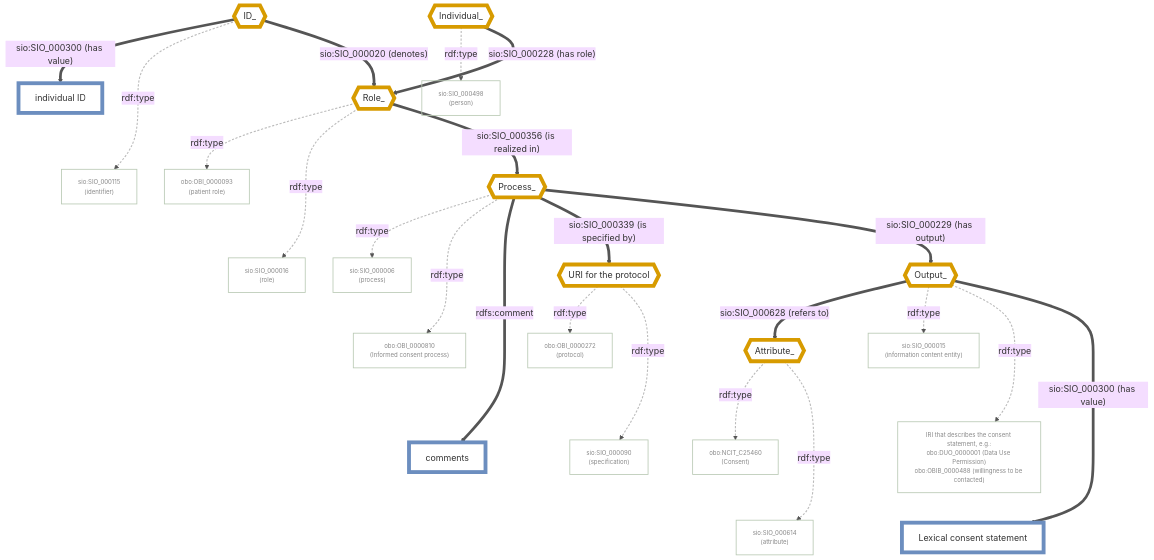
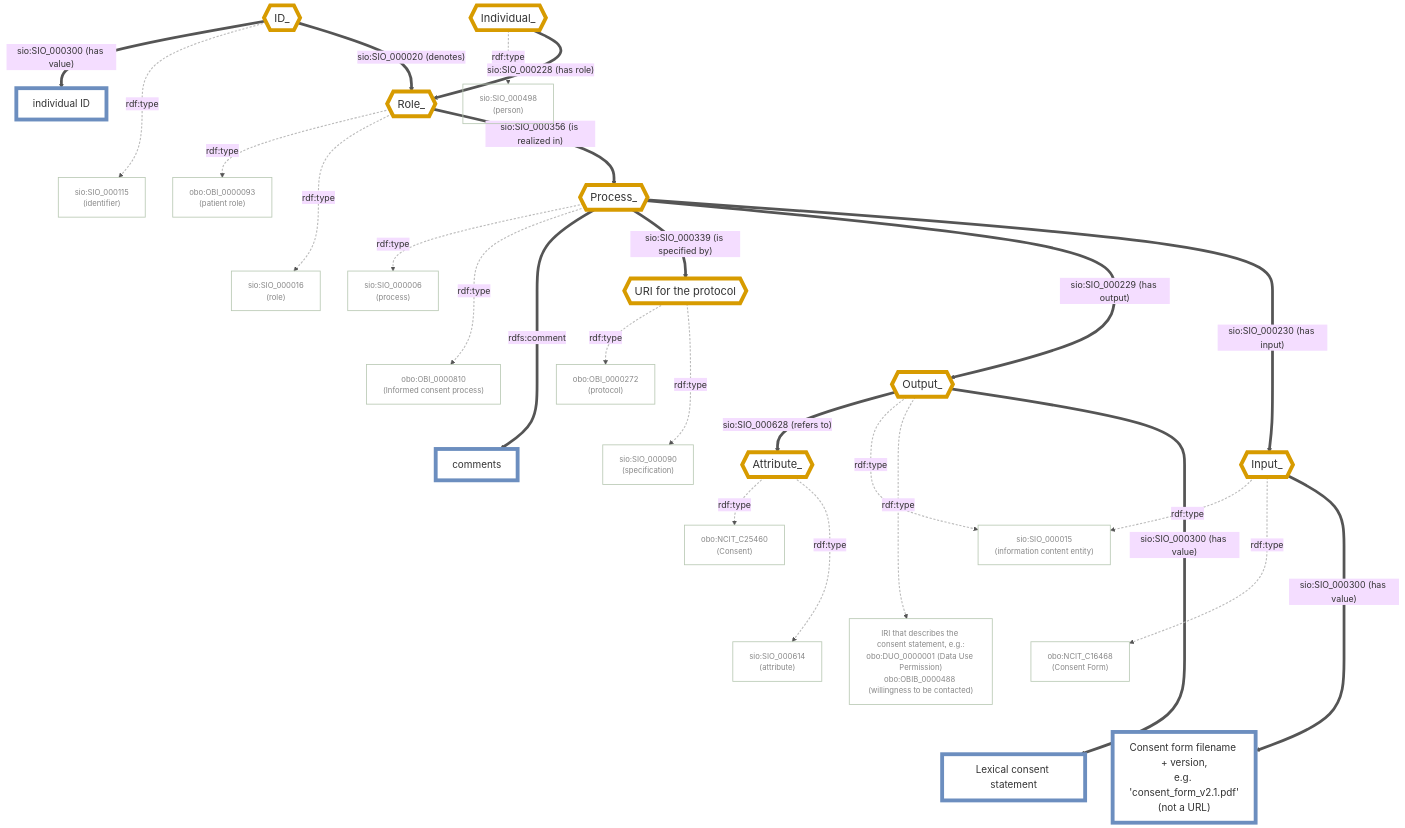
One commit to wilkinsonlab/CARE-Semantic-Model-Version-2 changed the diagram in diagrams/CARE-SM-obo-Consent.md. Above: the diagram before and after it, drawn with Mermaid (base theme). The commit also changed 29 other files, not shown here.

````diff
--- a/diagrams/CARE-SM-obo-Consent.md
+++ b/diagrams/CARE-SM-obo-Consent.md
@@ -16,8 +16,8 @@
 ```mermaid
 flowchart TD
-    classDef usedInstance fill:#ffffff,stroke:#d79b00,stroke-width:7px,color:#333
-    classDef classNode fill:transparent,stroke:#b9c9b4,stroke-width:1.5px,color:#888,font-size:11px
-    classDef dataValue fill:#ffffff,stroke:#6c8ebf,stroke-width:7px,color:#333
+    classDef usedInstance fill:#ffffff,stroke:#d79b00,stroke-width:7px,color:#333,font-size:20px
+    classDef classNode fill:transparent,stroke:#b9c9b4,stroke-width:1.5px,color:#888,font-size:14px
+    classDef dataValue fill:#ffffff,stroke:#6c8ebf,stroke-width:7px,color:#333,font-size:18px
     linkStyle default stroke:#555,stroke-width:5px
 
     %% Instances
@@ -28,6 +28,7 @@
     URIProtocol{{"URI for the protocol"}}:::usedInstance
     Output_{{Output_}}:::usedInstance
     Attribute_{{Attribute_}}:::usedInstance
+    Input_{{Input_}}:::usedInstance
 
     %% Classes
     SIO_000115["sio:SIO_000115<br/>(identifier)"]:::classNode
@@ -42,13 +43,15 @@
     DUO_0000001["IRI that describes the consent statement, e.g.:<br/>obo:DUO_0000001 (Data Use Permission)<br/>obo:OBIB_0000488 (willingness to be contacted)"]:::classNode
     NCIT_C25460["obo:NCIT_C25460<br/>(Consent)"]:::classNode
     SIO_000614["sio:SIO_000614<br/>(attribute)"]:::classNode
+    NCIT_C16468["obo:NCIT_C16468<br/>(Consent Form)"]:::classNode
 
     %% Data values
     IndividualID["individual ID"]:::dataValue
     Comments["comments"]:::dataValue
     LexicalConsentStatement["Lexical consent statement"]:::dataValue
+    ConsentFormFilename["Consent form filename + version,<br/>e.g. 'consent_form_v2.1.pdf'<br/>(not a URL)"]:::dataValue
 
-    %% Real edges (indices 0-20)
+    %% Real edges (indices 0-24)
     ID_ -->|"sio:SIO_000300 (has value)"| IndividualID
     ID_ -->|"rdf:type"| SIO_000115
     ID_ -->|"sio:SIO_000020 (denotes)"| Role_
@@ -65,6 +68,7 @@
     Process_ -->|"rdfs:comment"| Comments
     Process_ -->|"sio:SIO_000339 (is specified by)"| URIProtocol
     Process_ -->|"sio:SIO_000229 (has output)"| Output_
+    Process_ -->|"sio:SIO_000230 (has input)"| Input_
 
     URIProtocol -->|"rdf:type"| OBI_0000272
     URIProtocol -->|"rdf:type"| SIO_000090
@@ -77,15 +81,21 @@
     Attribute_ -->|"rdf:type"| NCIT_C25460
     Attribute_ -->|"rdf:type"| SIO_000614
 
-    %% Invisible layout-only chains (indices 21-28, hidden below) force siblings into one column
+    Input_ -->|"rdf:type"| SIO_000015
+    Input_ -->|"rdf:type"| NCIT_C16468
+    Input_ -->|"sio:SIO_000300 (has value)"| ConsentFormFilename
+
+    %% Invisible layout-only chains (indices 25-36, hidden below) force siblings into one column
     IndividualID ~~~ SIO_000115
     OBI_0000093 ~~~ SIO_000016
     SIO_000006 ~~~ OBI_0000810 ~~~ Comments
     OBI_0000272 ~~~ SIO_000090
     SIO_000015 ~~~ DUO_0000001 ~~~ LexicalConsentStatement
     NCIT_C25460 ~~~ SIO_000614
+    SIO_000015 ~~~ NCIT_C16468 ~~~ ConsentFormFilename
 
-    %% rdf:type edges (indices 1,3,5,6,8,9,13,14,16,17,19,20) de-emphasized so the structural backbone stands out
-    linkStyle 1,3,5,6,8,9,13,14,16,17,19,20 stroke:#bbb,stroke-width:2px,stroke-dasharray:4 3
-    linkStyle 21,22,23,24,25,26,27,28 stroke:none
+    URIProtocol ~~~ Output_ ~~~ Input_
+    %% rdf:type edges (indices 1,3,5,6,8,9,14,15,17,18,20,21,22,23) de-emphasized so the structural backbone stands out
+    linkStyle 1,3,5,6,8,9,14,15,17,18,20,21,22,23 stroke:#bbb,stroke-width:2px,stroke-dasharray:4 3
+    linkStyle 25,26,27,28,29,30,31,32,33,34,35,36 stroke:none
 ```
````
